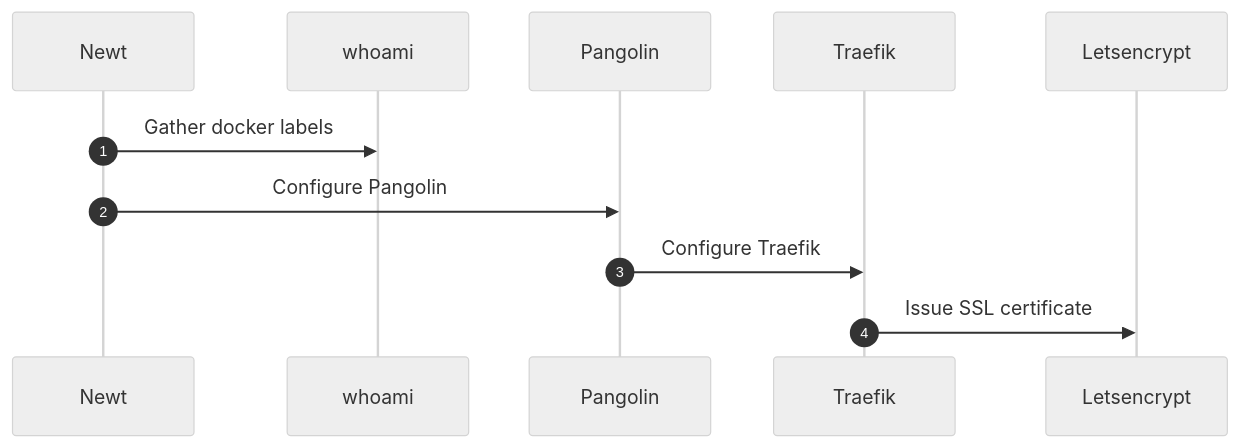
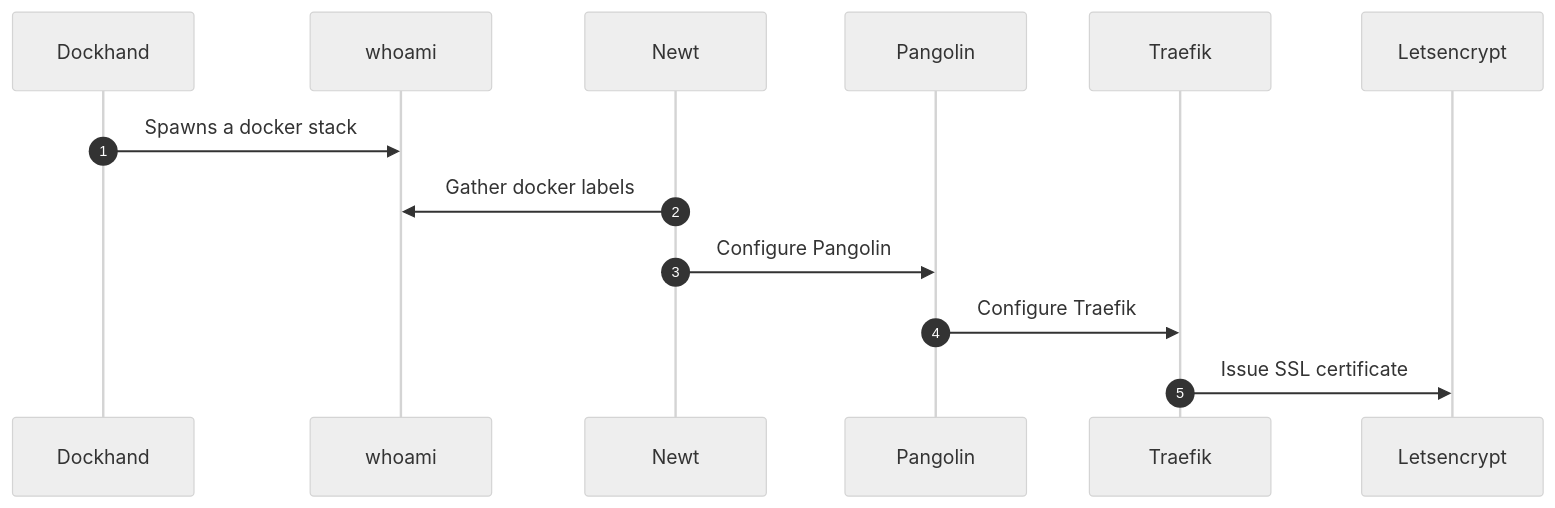
The diagram in docs/use-cases/new-service.md (johncloud-paas/platform), drawn with Mermaid (neutral theme) before and after one commit. The commit also changed 3 other files, not shown here.

````diff
--- a/docs/use-cases/new-service.md
+++ b/docs/use-cases/new-service.md
@@ -8,8 +8,9 @@
 ```mermaid
 sequenceDiagram
   autonumber
+  Dockhand->>whoami: Spawns a docker stack
   Newt->>whoami: Gather docker labels
   Newt->>Pangolin: Configure Pangolin
   Pangolin->>Traefik: Configure Traefik
   Traefik->>Letsencrypt: Issue SSL certificate
 ```
````
